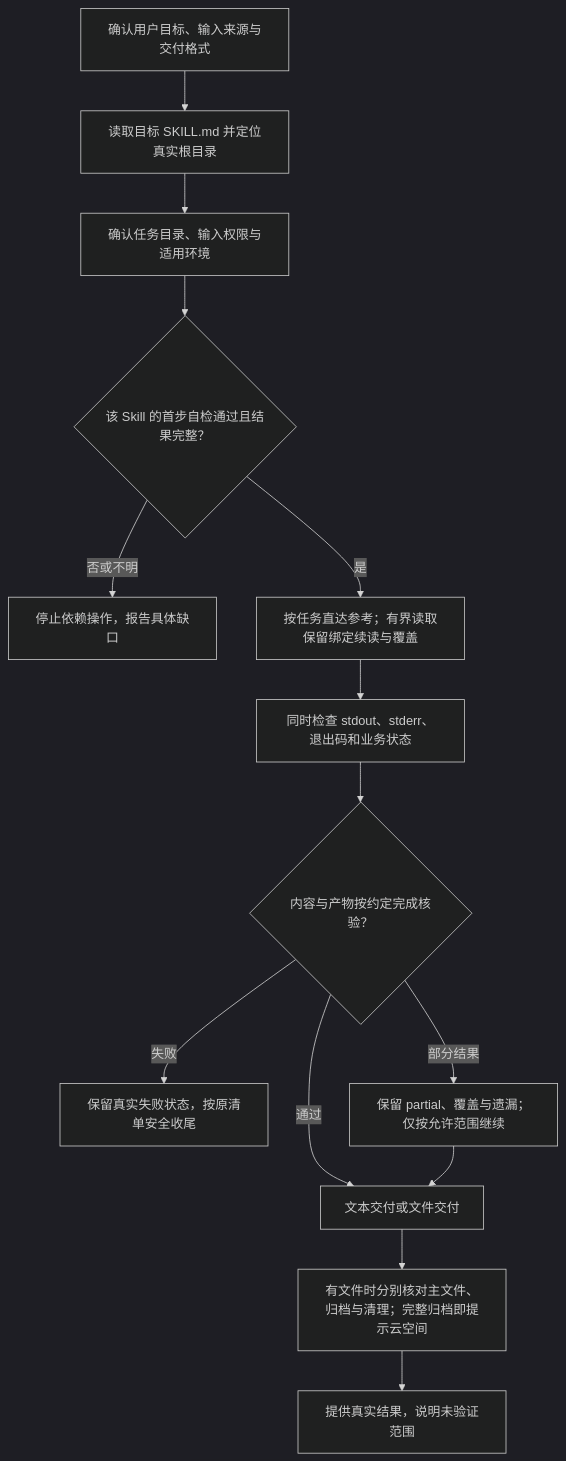
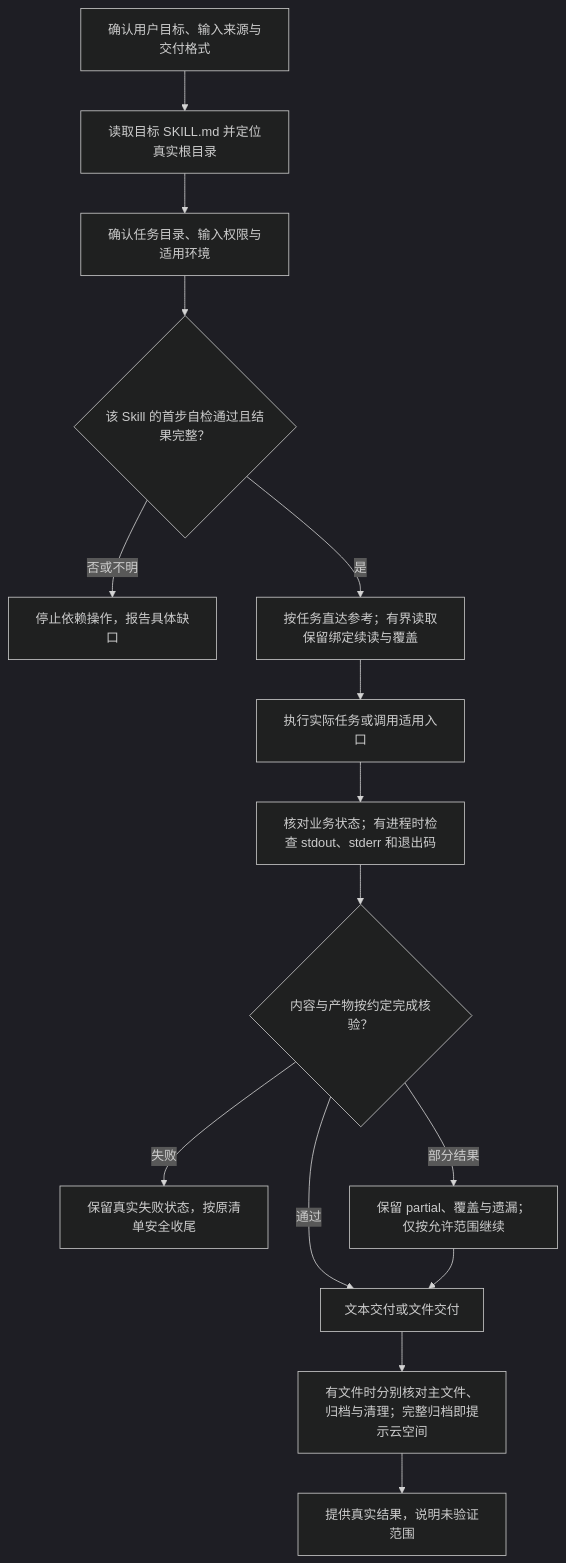
Before and after one commit to JohnParken/PSL-SKILLS: the second of 2 diagrams in docs/README.md, drawn with Mermaid (dark theme). The commit also changed other lines of this file and 2 other files, not shown here.

Commit message:
docs: refresh architecture and package baselines

````diff
--- a/docs/README.md
+++ b/docs/README.md
@@ -68,16 +68,17 @@
 ```mermaid
 flowchart TD
     A["确认用户目标、输入来源与交付格式"] --> B["读取目标 SKILL.md 并定位真实根目录"]
     B --> C["确认任务目录、输入权限与适用环境"]
     C --> D{"该 Skill 的首步自检通过且结果完整？"}
     D -->|"否或不明"| E["停止依赖操作，报告具体缺口"]
     D -->|"是"| F["按任务直达参考；有界读取保留绑定续读与覆盖"]
-    F --> G["同时检查 stdout、stderr、退出码和业务状态"]
+    F --> OP["执行实际任务或调用适用入口"]
+    OP --> G["核对业务状态；有进程时检查 stdout、stderr 和退出码"]
     G --> H{"内容与产物按约定完成核验？"}
     H -->|"失败"| I["保留真实失败状态，按原清单安全收尾"]
     H -->|"部分结果"| J["保留 partial、覆盖与遗漏；仅按允许范围继续"]
     H -->|"通过"| K["文本交付或文件交付"]
     J --> K
     K --> L["有文件时分别核对主文件、归档与清理；完整归档即提示云空间"]
     L --> M["提供真实结果，说明未验证范围"]
 ```
````
